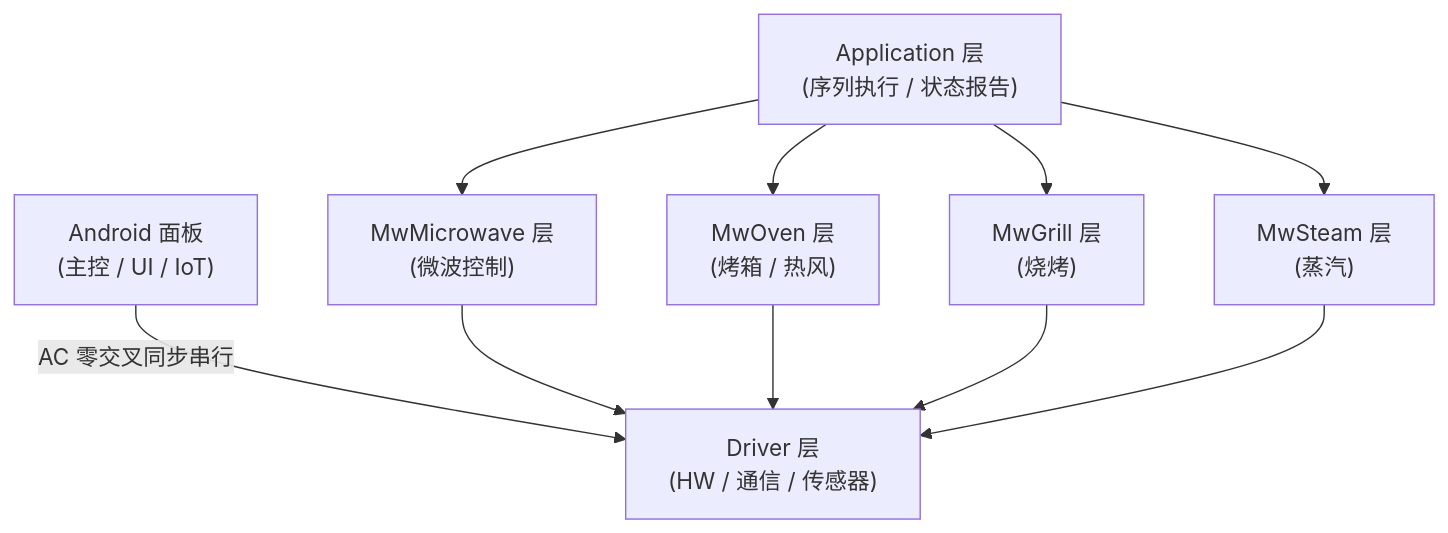
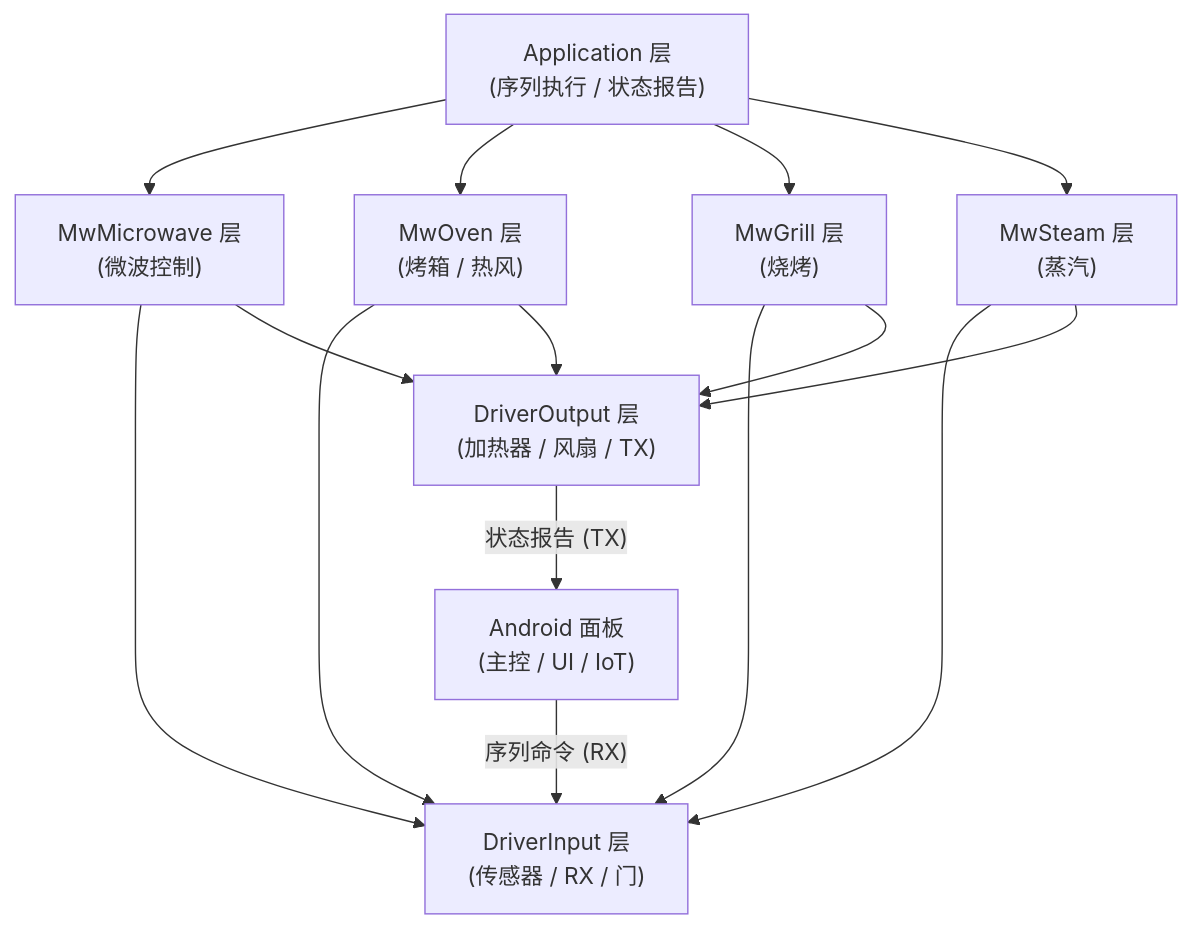
The first of 15 diagrams in code/docs/samples/LAYER_DESIGN_zh.md (akashi-hideki/StaTable), drawn with Mermaid before and after one commit. The commit also changed other lines of this file and 3 other files, not shown here.

````diff
--- a/code/docs/samples/LAYER_DESIGN_zh.md
+++ b/code/docs/samples/LAYER_DESIGN_zh.md
@@ -63,20 +64,26 @@
 ```mermaid
 flowchart TB
     Panel["Android 面板<br/>(主控 / UI / IoT)"]
     App["Application 层<br/>(序列执行 / 状态报告)"]
     MwMic["MwMicrowave 层<br/>(微波控制)"]
     MwOven["MwOven 层<br/>(烤箱 / 热风)"]
     MwGrill["MwGrill 层<br/>(烧烤)"]
     MwSteam["MwSteam 层<br/>(蒸汽)"]
-    Driver["Driver 层<br/>(HW / 通信 / 传感器)"]
+    DrvIn["DriverInput 层<br/>(传感器 / RX / 门)"]
+    DrvOut["DriverOutput 层<br/>(加热器 / 风扇 / TX)"]
 
-    Panel -->|"AC 零交叉同步串行"| Driver
+    Panel -->|"序列命令 (RX)"| DrvIn
+    DrvOut -->|"状态报告 (TX)"| Panel
     App --> MwMic
     App --> MwOven
     App --> MwGrill
     App --> MwSteam
-    MwMic --> Driver
-    MwOven --> Driver
-    MwGrill --> Driver
-    MwSteam --> Driver
+    MwMic --> DrvIn
+    MwMic --> DrvOut
+    MwOven --> DrvIn
+    MwOven --> DrvOut
+    MwGrill --> DrvIn
+    MwGrill --> DrvOut
+    MwSteam --> DrvIn
+    MwSteam --> DrvOut
 ```
````
